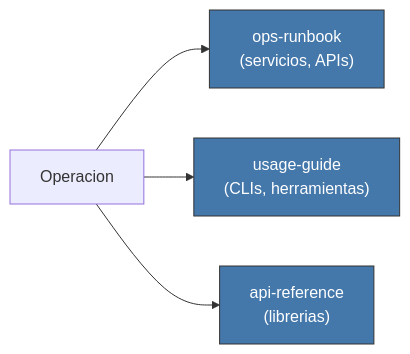
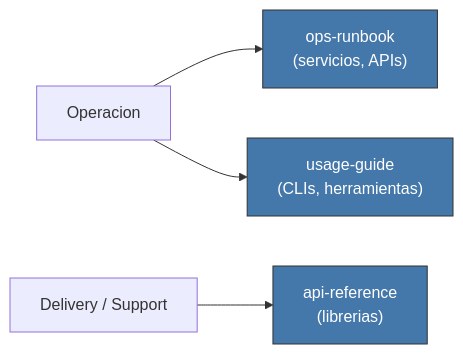
One commit to virgenherrera/virgil changed diagram 46 of 48 in principia/overview.md. Above: the diagram before and after it, drawn with Mermaid. The commit also changed other lines of this file, not shown here.

````diff
--- a/principia/overview.md
+++ b/principia/overview.md
@@ -1532,11 +1685,11 @@
 ```mermaid
 flowchart LR
     OP["Operacion"]
     OP --> RUNBOOK["ops-runbook\n(servicios, APIs)"]
     OP --> USAGE["usage-guide\n(CLIs, herramientas)"]
-    OP --> APIREF["api-reference\n(librerias)"]
+    DELIVERY["Delivery / Support"] --> APIREF["api-reference\n(librerias)"]
 
     style RUNBOOK fill:#47a,stroke:#333,color:#fff
     style USAGE fill:#47a,stroke:#333,color:#fff
     style APIREF fill:#47a,stroke:#333,color:#fff
 ```
````
